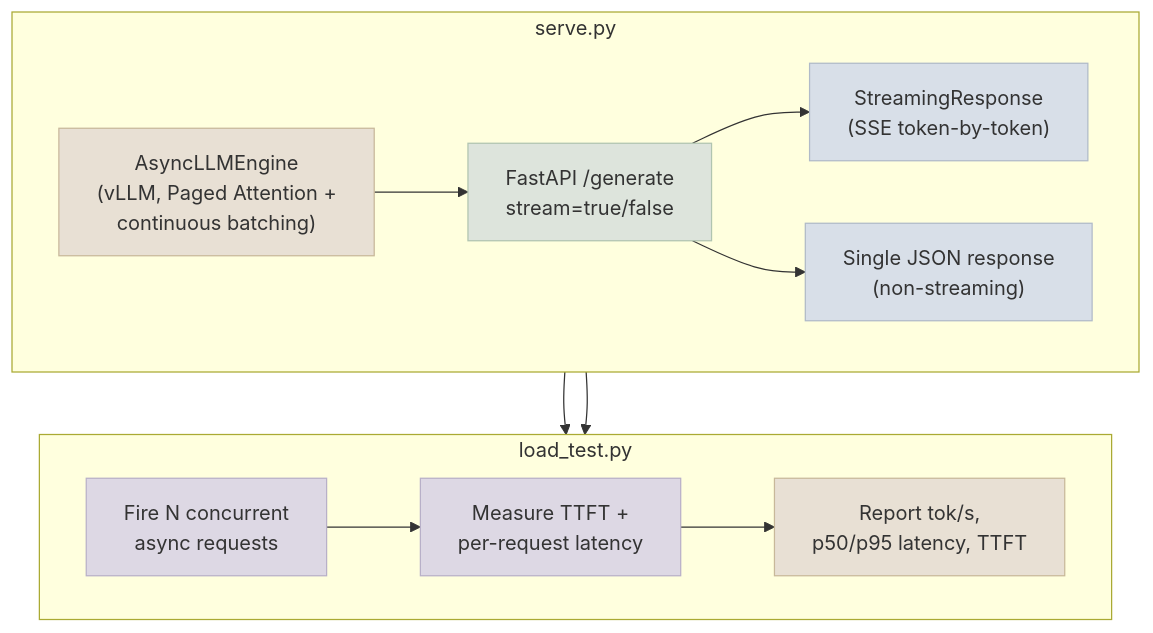
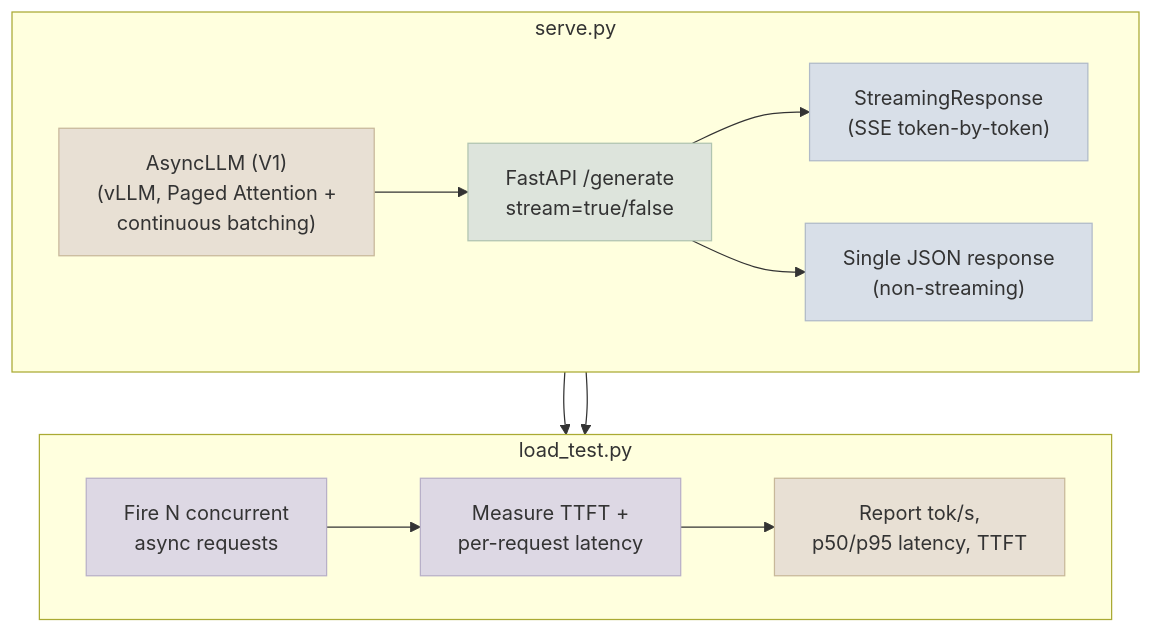
The diagram in src/content/07-Serving-and-Inference/CodeLabs/01-FastAPI-vLLM-Endpoint.mdx (sundante/sun-course-genai), drawn with Mermaid before and after one commit. The commit also changed other lines of this file and 14 other files, not shown here.

````diff
--- a/src/content/07-Serving-and-Inference/CodeLabs/01-FastAPI-vLLM-Endpoint.mdx
+++ b/src/content/07-Serving-and-Inference/CodeLabs/01-FastAPI-vLLM-Endpoint.mdx
@@ -23,25 +25,25 @@
 ```mermaid
 flowchart TD
     subgraph Serve["serve.py"]
         direction LR
-        Engine["AsyncLLMEngine\n(vLLM, Paged Attention +\ncontinuous batching)"] --> API["FastAPI /generate\nstream=true/false"]
+        Engine["AsyncLLM (V1)\n(vLLM, Paged Attention +\ncontinuous batching)"] --> API["FastAPI /generate\nstream=true/false"]
         API --> SSE["StreamingResponse\n(SSE token-by-token)"]
         API --> JSON["Single JSON response\n(non-streaming)"]
     end
     subgraph LoadTest["load_test.py"]
         direction LR
         Fire["Fire N concurrent\nasync requests"] --> Measure["Measure TTFT +\nper-request latency"]
         Measure --> Report["Report tok/s,\np50/p95 latency, TTFT"]
     end
 
     SSE --> Fire
     JSON --> Fire
 
     style Engine fill:#e8e0d4,stroke:#c8b89a
     style API fill:#dde4dc,stroke:#b0c4b0
     style SSE fill:#d8dfe8,stroke:#b0bac8
     style JSON fill:#d8dfe8,stroke:#b0bac8
     style Fire fill:#ddd8e4,stroke:#b8b0c8
     style Measure fill:#ddd8e4,stroke:#b8b0c8
     style Report fill:#e8e0d4,stroke:#c8b89a
 ```
````
